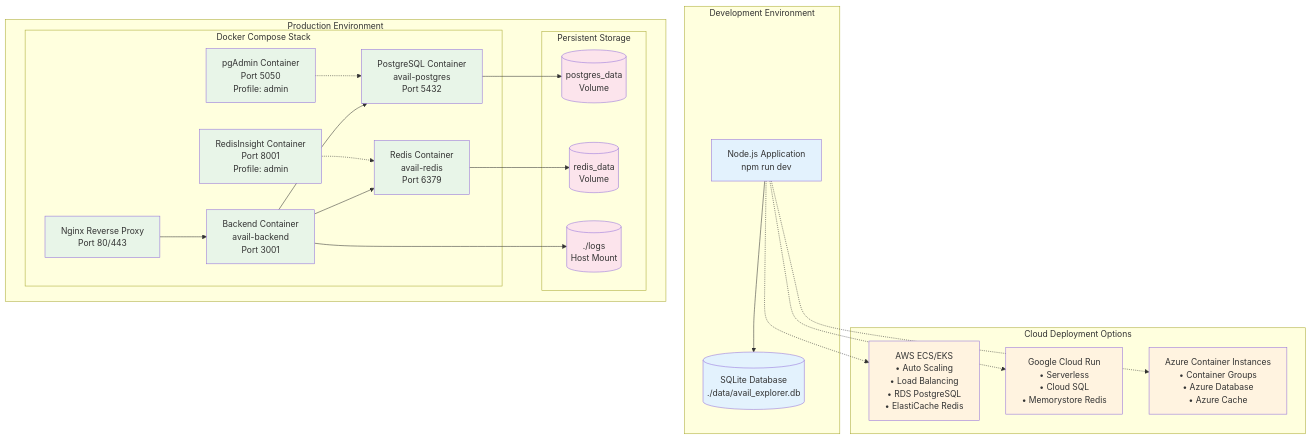
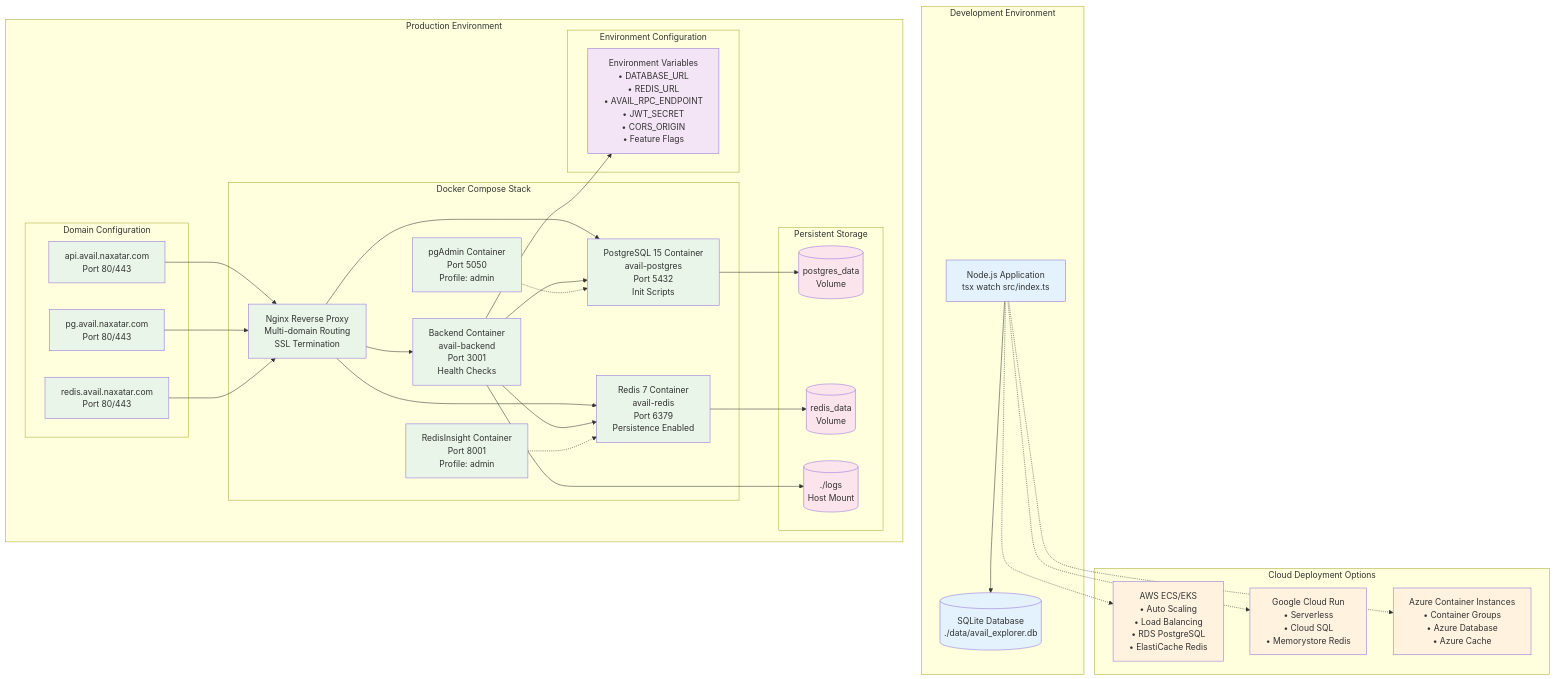
One commit to avail-dashboard/server changed the second of 8 diagrams in AI Documentation/Project_Architecture_Diagram.md. Above: the diagram before and after it, drawn with Mermaid. The commit also changed other lines of this file, not shown here.

````diff
--- a/AI Documentation/Project_Architecture_Diagram.md
+++ b/AI Documentation/Project_Architecture_Diagram.md
@@ -133,17 +185,23 @@
 ```mermaid
 graph TB
     subgraph "Development Environment"
-        DEV_APP[Node.js Application<br/>npm run dev]
+        DEV_APP[Node.js Application<br/>tsx watch src/index.ts]
         DEV_DB[(SQLite Database<br/>./data/avail_explorer.db)]
         DEV_APP --> DEV_DB
     end
 
     subgraph "Production Environment"
+        subgraph "Domain Configuration"
+            DOMAIN_API[api.avail.naxatar.com<br/>Port 80/443]
+            DOMAIN_PG[pg.avail.naxatar.com<br/>Port 80/443]
+            DOMAIN_REDIS[redis.avail.naxatar.com<br/>Port 80/443]
+        end
+
         subgraph "Docker Compose Stack"
-            NGINX[Nginx Reverse Proxy<br/>Port 80/443]
-            BACKEND[Backend Container<br/>avail-backend<br/>Port 3001]
-            PG_CONTAINER[PostgreSQL Container<br/>avail-postgres<br/>Port 5432]
-            REDIS_CONTAINER[Redis Container<br/>avail-redis<br/>Port 6379]
+            NGINX[Nginx Reverse Proxy<br/>Multi-domain Routing<br/>SSL Termination]
+            BACKEND[Backend Container<br/>avail-backend<br/>Port 3001<br/>Health Checks]
+            PG_CONTAINER[PostgreSQL 15 Container<br/>avail-postgres<br/>Port 5432<br/>Init Scripts]
+            REDIS_CONTAINER[Redis 7 Container<br/>avail-redis<br/>Port 6379<br/>Persistence Enabled]
             
             %% Optional Admin Tools
             PGADMIN[pgAdmin Container<br/>Port 5050<br/>Profile: admin]
@@ -155,6 +213,10 @@
             REDIS_VOLUME[(redis_data<br/>Volume)]
             LOG_VOLUME[(./logs<br/>Host Mount)]
         end
+
+        subgraph "Environment Configuration"
+            ENV_VARS[Environment Variables<br/>• DATABASE_URL<br/>• REDIS_URL<br/>• AVAIL_RPC_ENDPOINT<br/>• JWT_SECRET<br/>• CORS_ORIGIN<br/>• Feature Flags]
+        end
     end
 
     subgraph "Cloud Deployment Options"
@@ -163,10 +225,20 @@
         AZURE[Azure Container Instances<br/>• Container Groups<br/>• Azure Database<br/>• Azure Cache]
     end
 
+    %% Domain routing
+    DOMAIN_API --> NGINX
+    DOMAIN_PG --> NGINX
+    DOMAIN_REDIS --> NGINX
+
     %% Connections
     NGINX --> BACKEND
+    NGINX --> PG_CONTAINER
+    NGINX --> REDIS_CONTAINER
+    
     BACKEND --> PG_CONTAINER
     BACKEND --> REDIS_CONTAINER
+    BACKEND --> ENV_VARS
+    
     PG_CONTAINER --> PG_VOLUME
     REDIS_CONTAINER --> REDIS_VOLUME
     BACKEND --> LOG_VOLUME
@@ -181,12 +253,16 @@
     DEV_APP -.-> AZURE
 
     classDef dev fill:#e3f2fd
+    classDef domain fill:#e8f5e8
     classDef prod fill:#e8f5e8
     classDef cloud fill:#fff3e0
     classDef storage fill:#fce4ec
+    classDef config fill:#f3e5f5
 
     class DEV_APP,DEV_DB dev
+    class DOMAIN_API,DOMAIN_PG,DOMAIN_REDIS domain
     class NGINX,BACKEND,PG_CONTAINER,REDIS_CONTAINER,PGADMIN,REDIS_INSIGHT prod
     class AWS,GCP,AZURE cloud
     class PG_VOLUME,REDIS_VOLUME,LOG_VOLUME storage
+    class ENV_VARS config
 ```
````
